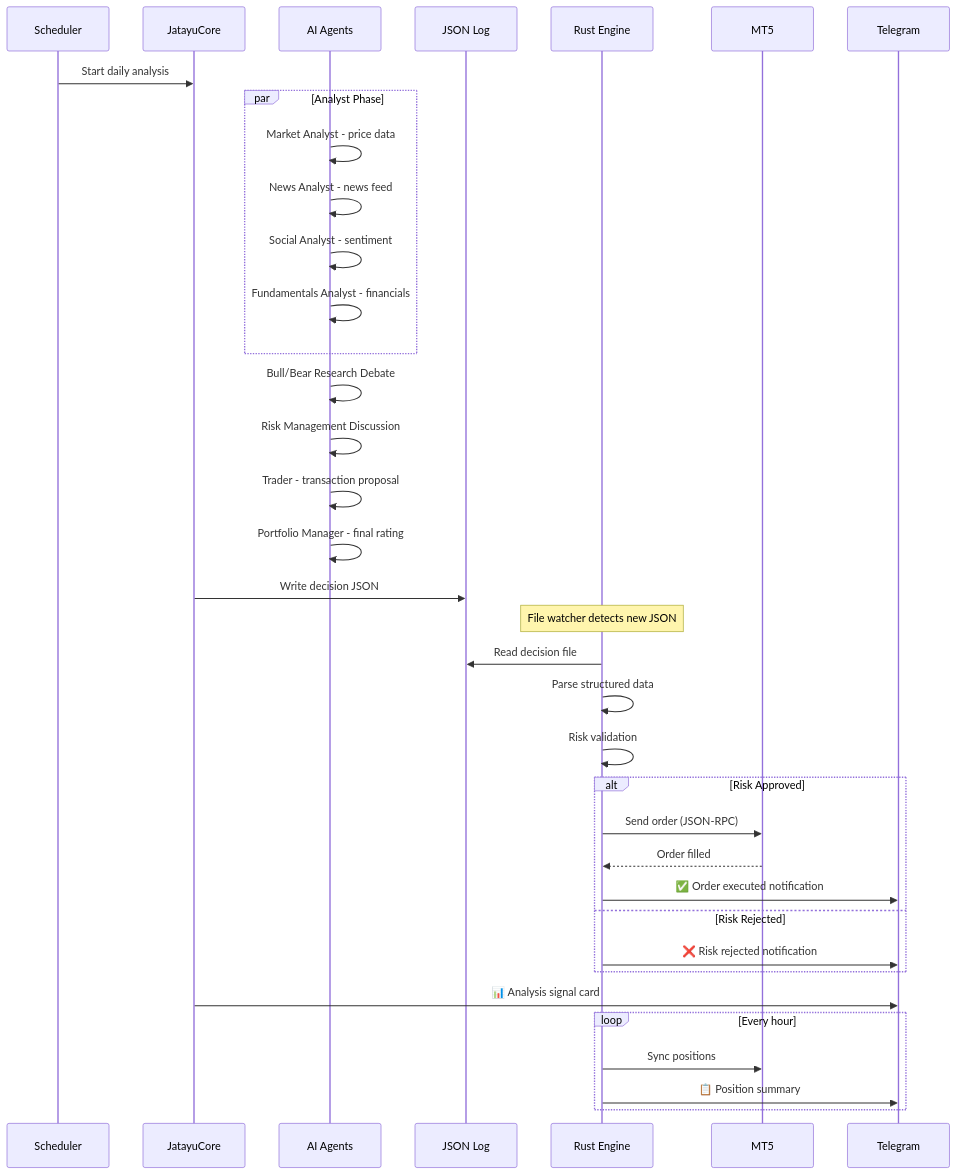
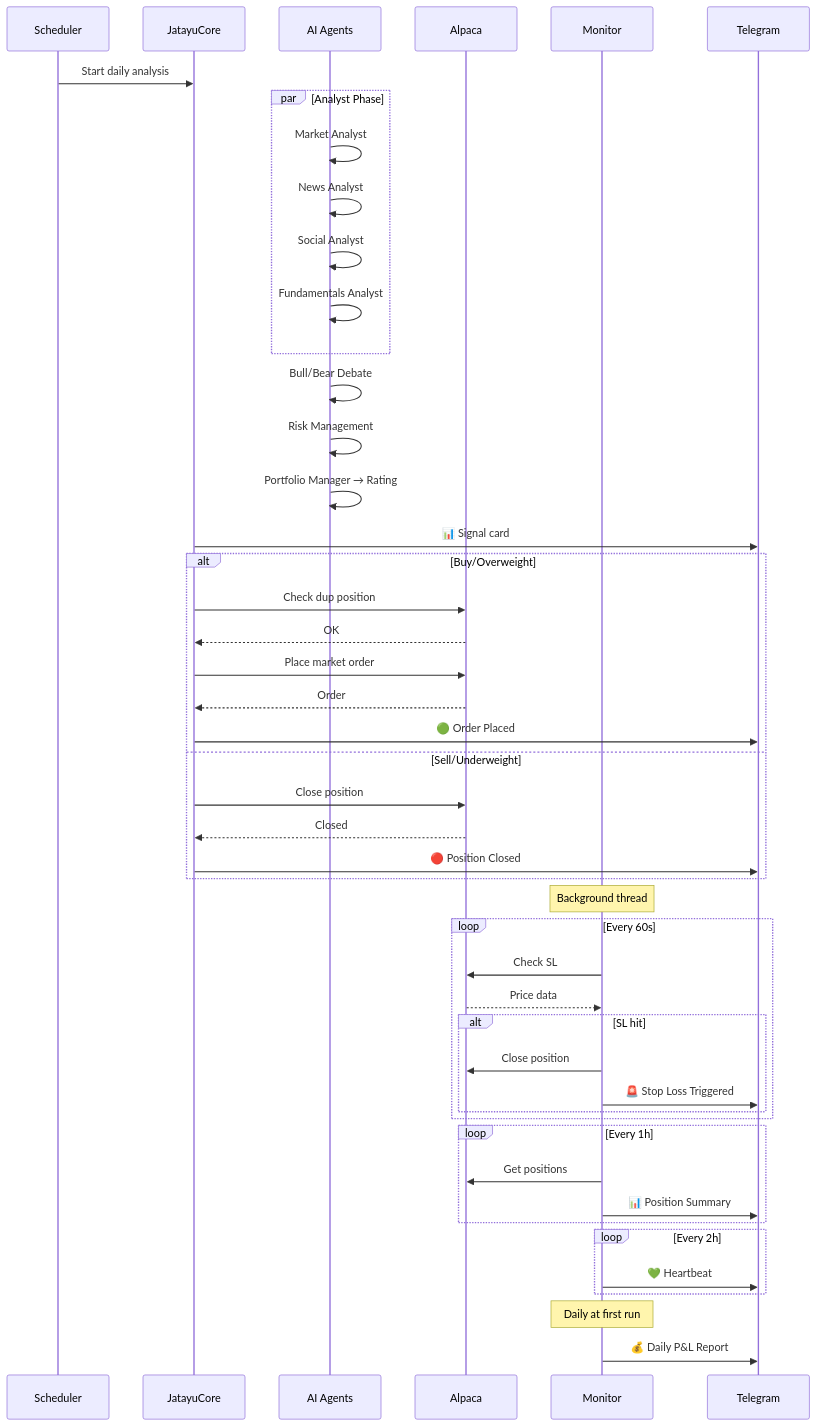
The second of 2 diagrams in docs/architecture.md (komelImoet/JatayuCore), drawn with Mermaid before and after one commit. The commit also changed other lines of this file and 11 other files, not shown here.

First line of the commit message:
docs: update with Alpaca + monitor + logo + all new features

````diff
--- a/docs/architecture.md
+++ b/docs/architecture.md
@@ -68,47 +71,58 @@
 ```mermaid
 sequenceDiagram
     participant S as Scheduler
     participant TA as JatayuCore
     participant A as AI Agents
-    participant JS as JSON Log
-    participant E as Rust Engine
-    participant MT as MT5
+    participant B as Alpaca
+    participant M as Monitor
     participant TG as Telegram
 
     S->>TA: Start daily analysis
-    
+
     par Analyst Phase
-        A->>A: Market Analyst - price data
-        A->>A: News Analyst - news feed
-        A->>A: Social Analyst - sentiment
-        A->>A: Fundamentals Analyst - financials
+        A->>A: Market Analyst
+        A->>A: News Analyst
+        A->>A: Social Analyst
+        A->>A: Fundamentals Analyst
     end
-    
-    A->>A: Bull/Bear Research Debate
-    A->>A: Risk Management Discussion
-    A->>A: Trader - transaction proposal
-    A->>A: Portfolio Manager - final rating
-    
-    TA->>JS: Write decision JSON
-    
-    Note over E: File watcher detects new JSON
-    
-    E->>JS: Read decision file
-    E->>E: Parse structured data
-    E->>E: Risk validation
-    
-    alt Risk Approved
-        E->>MT: Send order (JSON-RPC)
-        MT-->>E: Order filled
-        E->>TG: ✅ Order executed notification
-    else Risk Rejected
-        E->>TG: ❌ Risk rejected notification
+
+    A->>A: Bull/Bear Debate
+    A->>A: Risk Management
+    A->>A: Portfolio Manager → Rating
+
+    TA->>TG: 📊 Signal card
+
+    alt Buy/Overweight
+        TA->>B: Check dup position
+        B-->>TA: OK
+        TA->>B: Place market order
+        B-->>TA: Order #123
+        TA->>TG: 🟢 Order Placed
+    else Sell/Underweight
+        TA->>B: Close position
+        B-->>TA: Closed
+        TA->>TG: 🔴 Position Closed
     end
-    
-    TA->>TG: 📊 Analysis signal card
-    
-    loop Every hour
-        E->>MT: Sync positions
-        E->>TG: 📋 Position summary
+
+    Note over M: Background thread
+    loop Every 60s
+        M->>B: Check SL
+        B-->>M: Price data
+        alt SL hit
+            M->>B: Close position
+            M->>TG: 🚨 Stop Loss Triggered
+        end
     end
+
+    loop Every 1h
+        M->>B: Get positions
+        M->>TG: 📊 Position Summary
+    end
+
+    loop Every 2h
+        M->>TG: 💚 Heartbeat
+    end
+
+    Note over M: Daily at first run
+    M->>TG: 💰 Daily P&L Report
 ```
````
